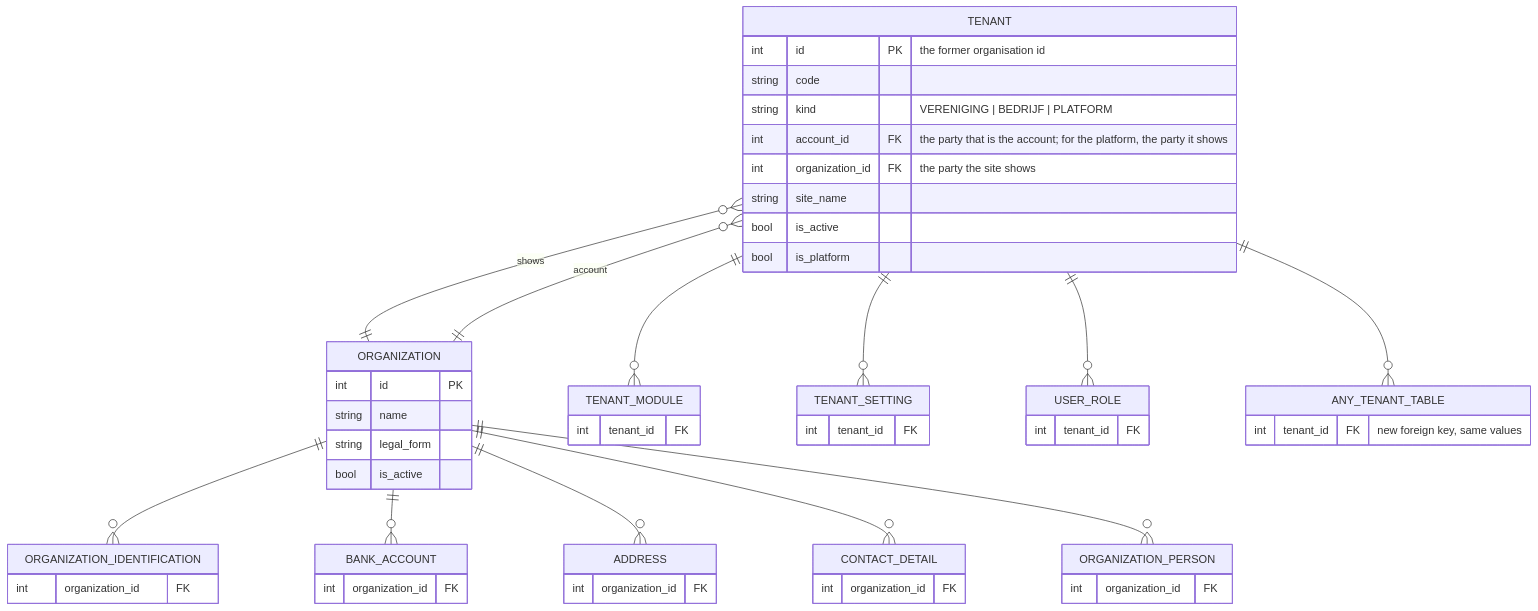
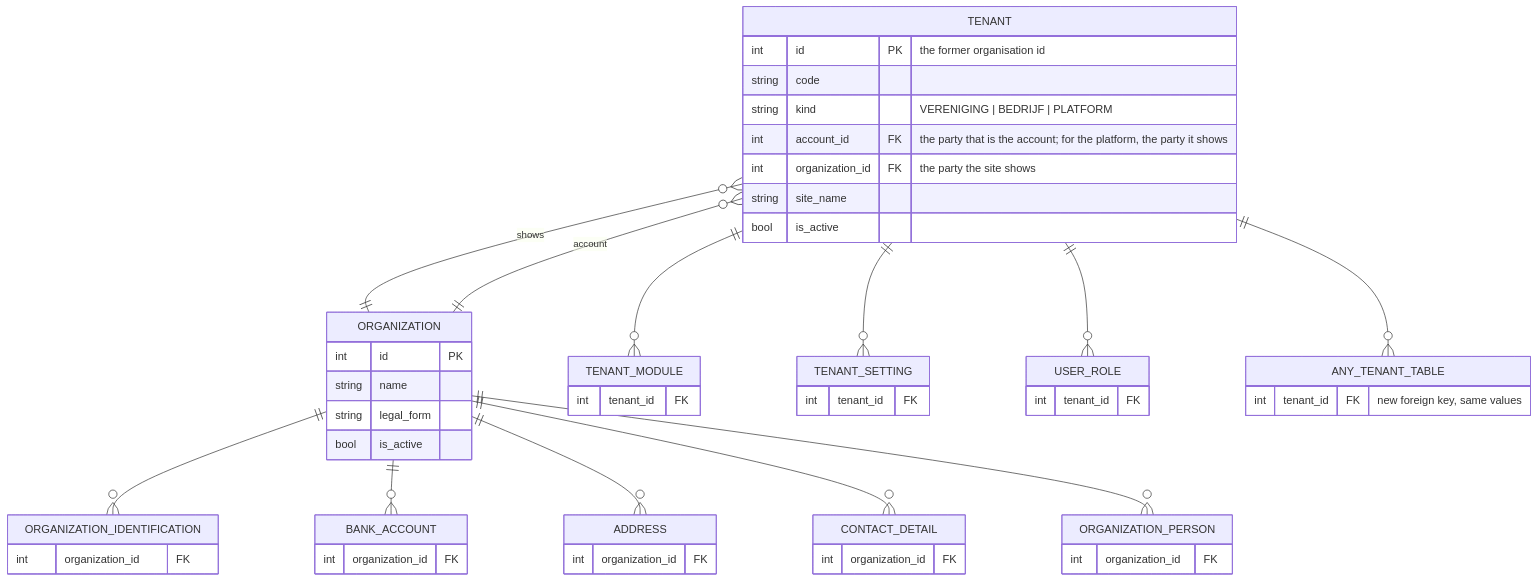
One commit to KoenRenders/KoenTest changed the fifth of 5 diagrams in docs/change_request_20_tenant_apart_from_organisation.md. Above: the diagram before and after it, drawn with Mermaid. The commit also changed other lines of this file, not shown here.

First line of the commit message:
docs(cr-20): closed out as built in v2.17.0; B9 rows folded into F1, F12, the diagram, C2 and C4

````diff
--- a/docs/change_request_20_tenant_apart_from_organisation.md
+++ b/docs/change_request_20_tenant_apart_from_organisation.md
@@ -273,39 +273,38 @@
 ```mermaid
 erDiagram
   TENANT {
     int id PK "the former organisation id"
     string code
     string kind "VERENIGING | BEDRIJF | PLATFORM"
     int account_id FK "the party that is the account; for the platform, the party it shows"
     int organization_id FK "the party the site shows"
     string site_name
     bool is_active
-    bool is_platform
   }
   ORGANIZATION {
     int id PK
     string name
     string legal_form
     bool is_active
   }
   ORGANIZATION_IDENTIFICATION { int organization_id FK }
   BANK_ACCOUNT { int organization_id FK }
   ADDRESS { int organization_id FK }
   CONTACT_DETAIL { int organization_id FK }
   ORGANIZATION_PERSON { int organization_id FK }
   TENANT_MODULE { int tenant_id FK }
   TENANT_SETTING { int tenant_id FK }
   USER_ROLE { int tenant_id FK }
   ANY_TENANT_TABLE { int tenant_id FK "new foreign key, same values" }
   TENANT }o--|| ORGANIZATION : "shows"
   TENANT }o--|| ORGANIZATION : "account"
   ORGANIZATION ||--o{ ORGANIZATION_IDENTIFICATION : ""
   ORGANIZATION ||--o{ BANK_ACCOUNT : ""
   ORGANIZATION ||--o{ ADDRESS : ""
   ORGANIZATION ||--o{ CONTACT_DETAIL : ""
   ORGANIZATION ||--o{ ORGANIZATION_PERSON : ""
   TENANT ||--o{ TENANT_MODULE : ""
   TENANT ||--o{ TENANT_SETTING : ""
   TENANT ||--o{ USER_ROLE : ""
   TENANT ||--o{ ANY_TENANT_TABLE : ""
 ```
````
